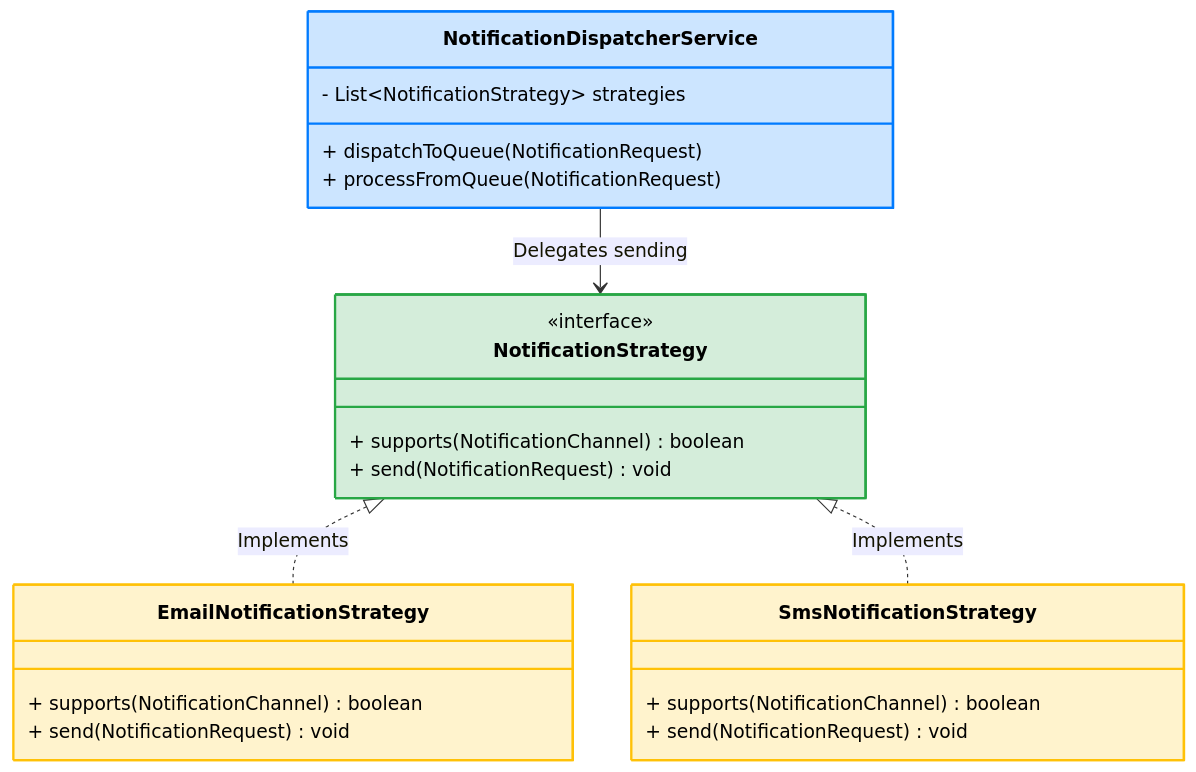
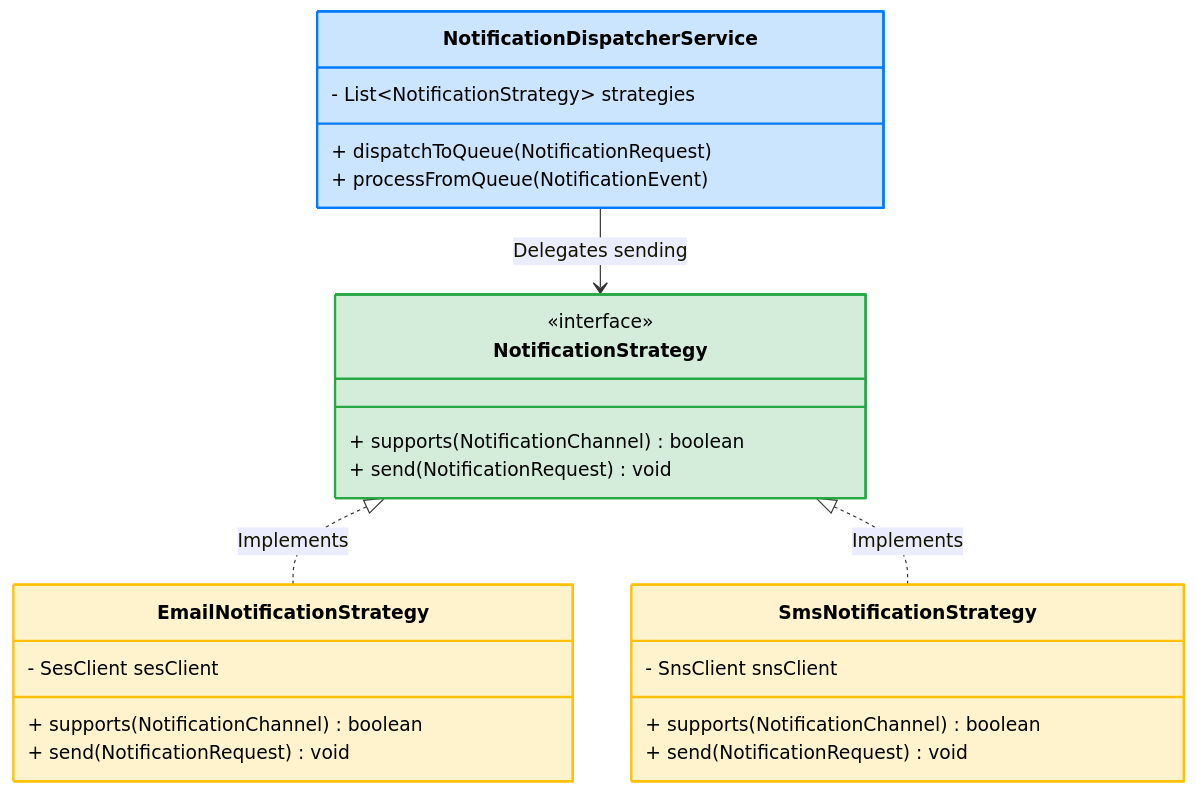
Before and after one commit to pmfml/multi-channel-notification-engine: the third of 4 diagrams in ARCHITECTURE.md, drawn with Mermaid. The commit also changed other lines of this file and 22 other files, not shown here.

````diff
--- a/ARCHITECTURE.md
+++ b/ARCHITECTURE.md
@@ -108,33 +124,35 @@
 ```mermaid
 classDiagram
     class NotificationDispatcherService {
         - List~NotificationStrategy~ strategies
         + dispatchToQueue(NotificationRequest)
-        + processFromQueue(NotificationRequest)
+        + processFromQueue(NotificationEvent)
     }
 
     class NotificationStrategy {
         <<interface>>
         + supports(NotificationChannel) boolean
         + send(NotificationRequest) void
     }
 
     class EmailNotificationStrategy {
+        - SesClient sesClient
         + supports(NotificationChannel) boolean
         + send(NotificationRequest) void
     }
 
     class SmsNotificationStrategy {
+        - SnsClient snsClient
         + supports(NotificationChannel) boolean
         + send(NotificationRequest) void
     }
 
     NotificationDispatcherService --> NotificationStrategy : Delegates sending
     NotificationStrategy <|.. EmailNotificationStrategy : Implements
     NotificationStrategy <|.. SmsNotificationStrategy : Implements
 
     style NotificationDispatcherService fill:#cce5ff,stroke:#007bff,stroke-width:2px,color:#000000
     style NotificationStrategy fill:#d4edda,stroke:#28a745,stroke-width:2px,color:#000000
     style EmailNotificationStrategy fill:#fff3cd,stroke:#ffc107,stroke-width:2px,color:#000000
     style SmsNotificationStrategy fill:#fff3cd,stroke:#ffc107,stroke-width:2px,color:#000000
 ```
````
